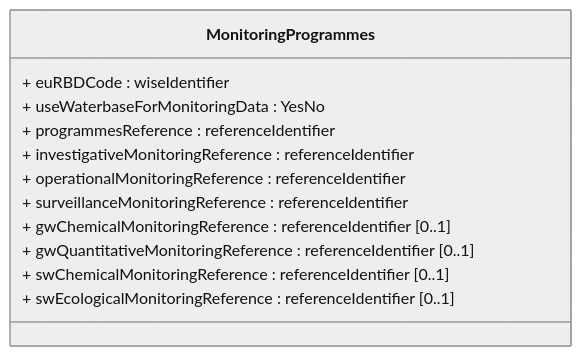
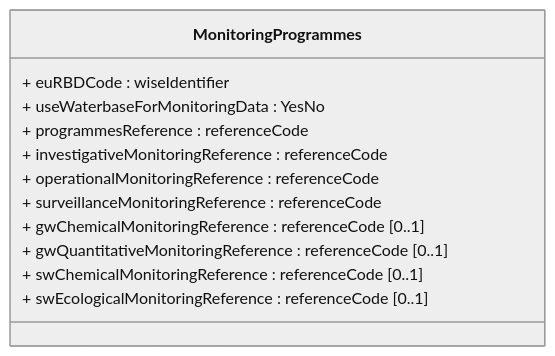
The diagram in docs/DataModelReview/mmd/Monitoring_4thCycle_MonitoringProgrammes_ClassDiagram.mmd (eeadata/WISE.WFD.Documentation), drawn with Mermaid before and after one commit. The commit also changed 3 other files, not shown here.

Commit message:
Adding the style options for Mermaid diagrams 4th cycle. Correcting 'referenceCode'

```diff
--- a/docs/DataModelReview/mmd/Monitoring_4thCycle_MonitoringProgrammes_ClassDiagram.mmd
+++ b/docs/DataModelReview/mmd/Monitoring_4thCycle_MonitoringProgrammes_ClassDiagram.mmd
@@ -1,16 +1,22 @@
-%%{init: {'theme': 'neutral'}}%%
+---
+config:
+  class:
+    hideEmptyMembersBox: true
+  layout: dagre
+  theme: neutral
+---
 classDiagram
 direction LR
 
 class MonitoringProgrammes{
   + euRBDCode : wiseIdentifier
   + useWaterbaseForMonitoringData : YesNo
-  + programmesReference : referenceIdentifier
-  + investigativeMonitoringReference : referenceIdentifier
-  + operationalMonitoringReference : referenceIdentifier
-  + surveillanceMonitoringReference : referenceIdentifier
-  + gwChemicalMonitoringReference : referenceIdentifier [0..1]
-  + gwQuantitativeMonitoringReference : referenceIdentifier [0..1]
-  + swChemicalMonitoringReference : referenceIdentifier [0..1]
-  + swEcologicalMonitoringReference : referenceIdentifier [0..1]
+  + programmesReference : referenceCode
+  + investigativeMonitoringReference : referenceCode
+  + operationalMonitoringReference : referenceCode
+  + surveillanceMonitoringReference : referenceCode
+  + gwChemicalMonitoringReference : referenceCode [0..1]
+  + gwQuantitativeMonitoringReference : referenceCode [0..1]
+  + swChemicalMonitoringReference : referenceCode [0..1]
+  + swEcologicalMonitoringReference : referenceCode [0..1]
 }
```
